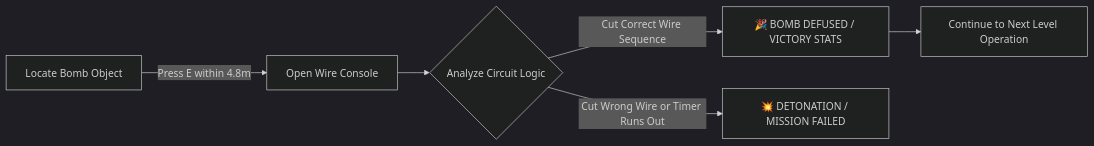
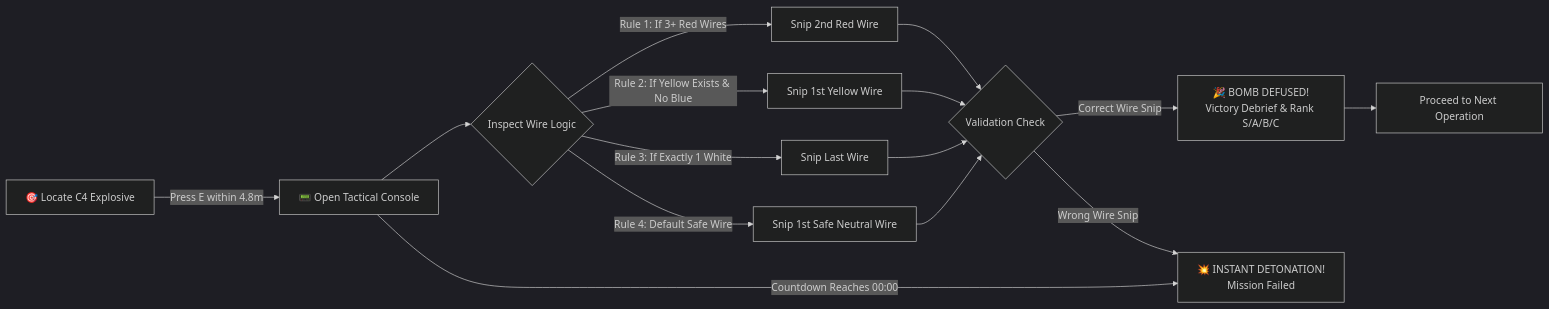
The fifth of 7 diagrams in README.md (Snigdha-0210/Bomb_Defusal), drawn with Mermaid (dark theme) before and after one commit. The commit also changed other lines of this file and 4 other files, not shown here.

Commit message:
docs & assets: enhance repository with tactical screenshots, architecture diagrams, FSM flowcharts, audio graphs and fix investigation export

````diff
--- a/README.md
+++ b/README.md
@@ -132,8 +264,19 @@
 ```mermaid
 flowchart LR
-    A[Locate Bomb Object] -->|Press E within 4.8m| B[Open Wire Console]
-    B --> C{Analyze Circuit Logic}
-    C -->|Cut Correct Wire Sequence| D[🎉 BOMB DEFUSED / VICTORY STATS]
-    D --> E[Continue to Next Level Operation]
-    C -->|Cut Wrong Wire or Timer Runs Out| F[💥 DETONATION / MISSION FAILED]
+    A[🎯 Locate C4 Explosive] -->|Press E within 4.8m| B[📟 Open Tactical Console]
+    B --> C{Inspect Wire Logic}
+    C -->|Rule 1: If 3+ Red Wires| D[Snip 2nd Red Wire]
+    C -->|Rule 2: If Yellow Exists & No Blue| E[Snip 1st Yellow Wire]
+    C -->|Rule 3: If Exactly 1 White| F[Snip Last Wire]
+    C -->|Rule 4: Default Safe Wire| G[Snip 1st Safe Neutral Wire]
+    
+    D --> H{Validation Check}
+    E --> H
+    F --> H
+    G --> H
+    
+    H -->|Correct Wire Snip| Win[🎉 BOMB DEFUSED!<br/>Victory Debrief & Rank S/A/B/C]
+    H -->|Wrong Wire Snip| Detonate[💥 INSTANT DETONATION!<br/>Mission Failed]
+    B -->|Countdown Reaches 00:00| Detonate
+    Win --> NextLevel[Proceed to Next Operation]
 ```
````
